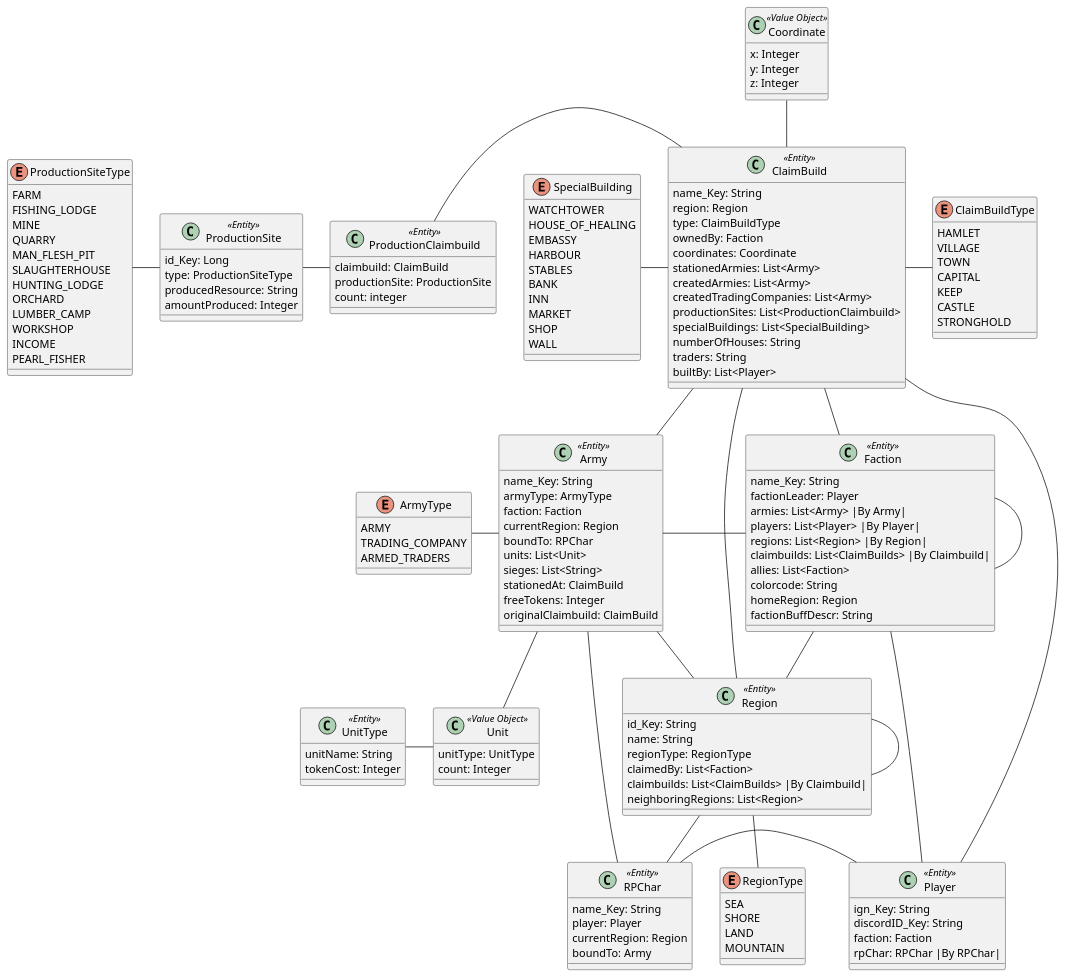
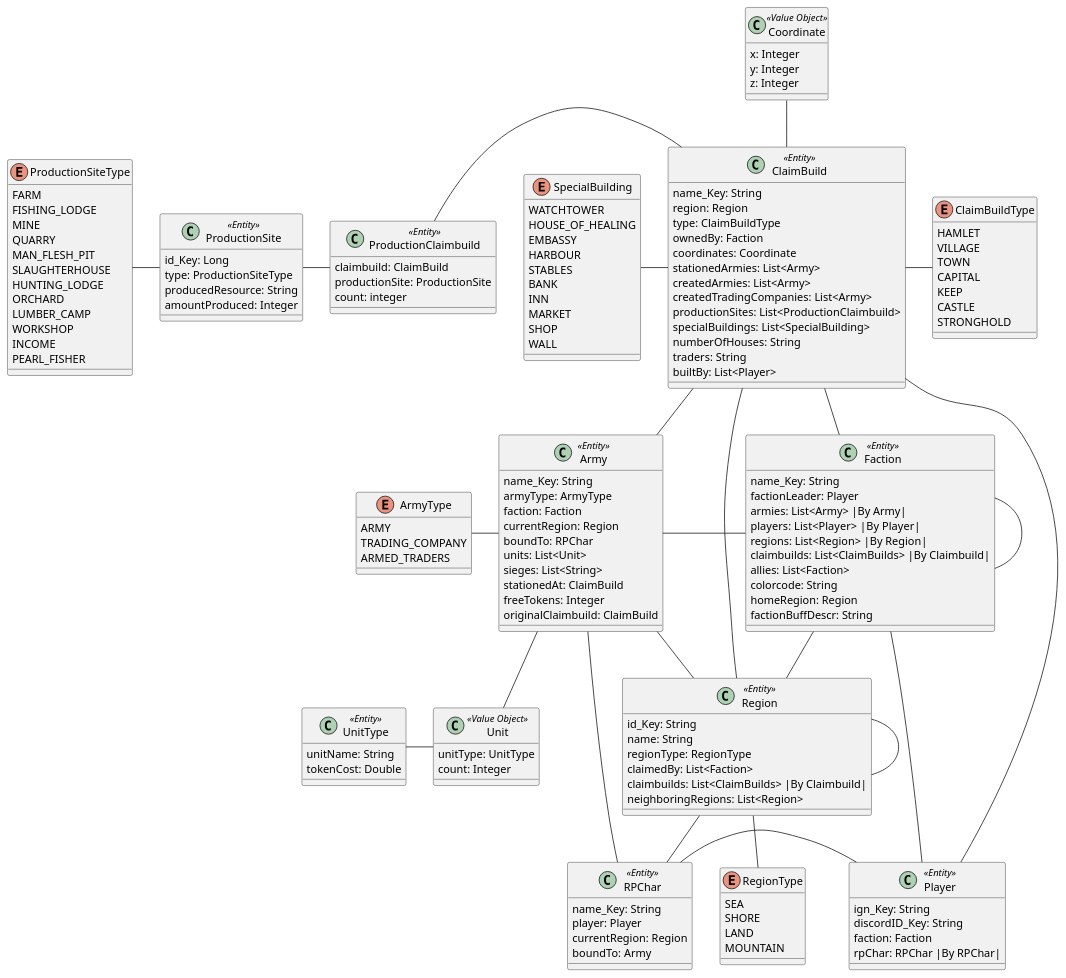
One commit to Team-KekX/Ardas-Legends-App changed the diagram in ALSpringBackend/src/main/puml/ArdasLegendsDomain.puml. Above: the diagram before and after it, drawn with PlantUML. The commit also changed 1 other file, not shown here.

Commit message:
Changed Token_cost in UnitType to Double

```diff
--- a/ALSpringBackend/src/main/puml/ArdasLegendsDomain.puml
+++ b/ALSpringBackend/src/main/puml/ArdasLegendsDomain.puml
@@ -1,180 +1,180 @@
 @startuml
 class Region <<Entity>> {
     id_Key: String
     name: String
     regionType: RegionType
     claimedBy: List<Faction>
     claimbuilds: List<ClaimBuilds> |By Claimbuild|
     neighboringRegions: List<Region>
 }
 
 enum RegionType {
     SEA
     SHORE
     LAND
     MOUNTAIN
 }
 
 class ClaimBuild <<Entity>> {
     name_Key: String
     region: Region
     type: ClaimBuildType
     ownedBy: Faction
     coordinates: Coordinate
     stationedArmies: List<Army>
     createdArmies: List<Army>
     createdTradingCompanies: List<Army>
     productionSites: List<ProductionClaimbuild>
     specialBuildings: List<SpecialBuilding>
     numberOfHouses: String
     traders: String
     builtBy: List<Player>
 }
 
 enum ClaimBuildType {
     HAMLET
     VILLAGE
     TOWN
     CAPITAL
     KEEP
     CASTLE
     STRONGHOLD
 }
 
 class Faction <<Entity>> {
     name_Key: String
     factionLeader: Player
     armies: List<Army> |By Army|
     players:  List<Player> |By Player|
     regions: List<Region> |By Region|
     claimbuilds: List<ClaimBuilds> |By Claimbuild|
     allies: List<Faction>
     colorcode: String
     homeRegion: Region
     factionBuffDescr: String
 }
 
 class Player <<Entity>> {
     ign_Key: String
     discordID_Key: String
     faction: Faction
     rpChar: RPChar |By RPChar|
 }
 
 class RPChar <<Entity>> {
     name_Key: String
     player: Player
     currentRegion: Region
     boundTo: Army
 }
 
 class Coordinate <<Value Object>> {
     x: Integer
     y: Integer
     z: Integer
 }
 
 class ProductionSite <<Entity>> {
     id_Key: Long
     type: ProductionSiteType
     producedResource: String
     amountProduced: Integer
 }
 
 class ProductionClaimbuild <<Entity>> {
     claimbuild: ClaimBuild
     productionSite: ProductionSite
     count: integer
 }
 
 enum ProductionSiteType {
     FARM
     FISHING_LODGE
     MINE
     QUARRY
     MAN_FLESH_PIT
     SLAUGHTERHOUSE
     HUNTING_LODGE
     ORCHARD
     LUMBER_CAMP
     WORKSHOP
     INCOME
     PEARL_FISHER
 }
 
 enum SpecialBuilding {
     WATCHTOWER
     HOUSE_OF_HEALING
     EMBASSY
     HARBOUR
     STABLES
     BANK
     INN
     MARKET
     SHOP
     WALL
 }
 
 class Army <<Entity>> {
     name_Key: String
     armyType: ArmyType
     faction: Faction
     currentRegion: Region
     boundTo: RPChar
     units: List<Unit>
     sieges: List<String>
     stationedAt: ClaimBuild
     freeTokens: Integer
     originalClaimbuild: ClaimBuild
 }
 
 enum ArmyType {
     ARMY
     TRADING_COMPANY
     ARMED_TRADERS
 }
 
 class Unit <<Value Object>> {
     unitType: UnitType
     count: Integer
 }
 
 class UnitType <<Entity>> {
     unitName: String
-    tokenCost: Integer
+    tokenCost: Double
 }
 
 Region -  ClaimBuild
 Region - Region
 Region -down- RPChar
 RegionType -up- Region
 
 Faction -down- Region
 Faction -right Player
 Faction -left Army
 Faction -up- ClaimBuild
 Faction - Faction
 
 ClaimBuild - Player
 ClaimBuild -right- ClaimBuildType
 ClaimBuild -up- Coordinate
 ClaimBuild - Army
 
 ProductionSite - ProductionClaimbuild
 ProductionClaimbuild - ClaimBuild
 SpecialBuilding - ClaimBuild
 
 ProductionSite -left- ProductionSiteType
 
 
 RPChar - Player
 
 Army -down- Unit
 Army - Region
 Army - RPChar
 
 ArmyType - Army
 
 UnitType - Unit
 
 @enduml
```
